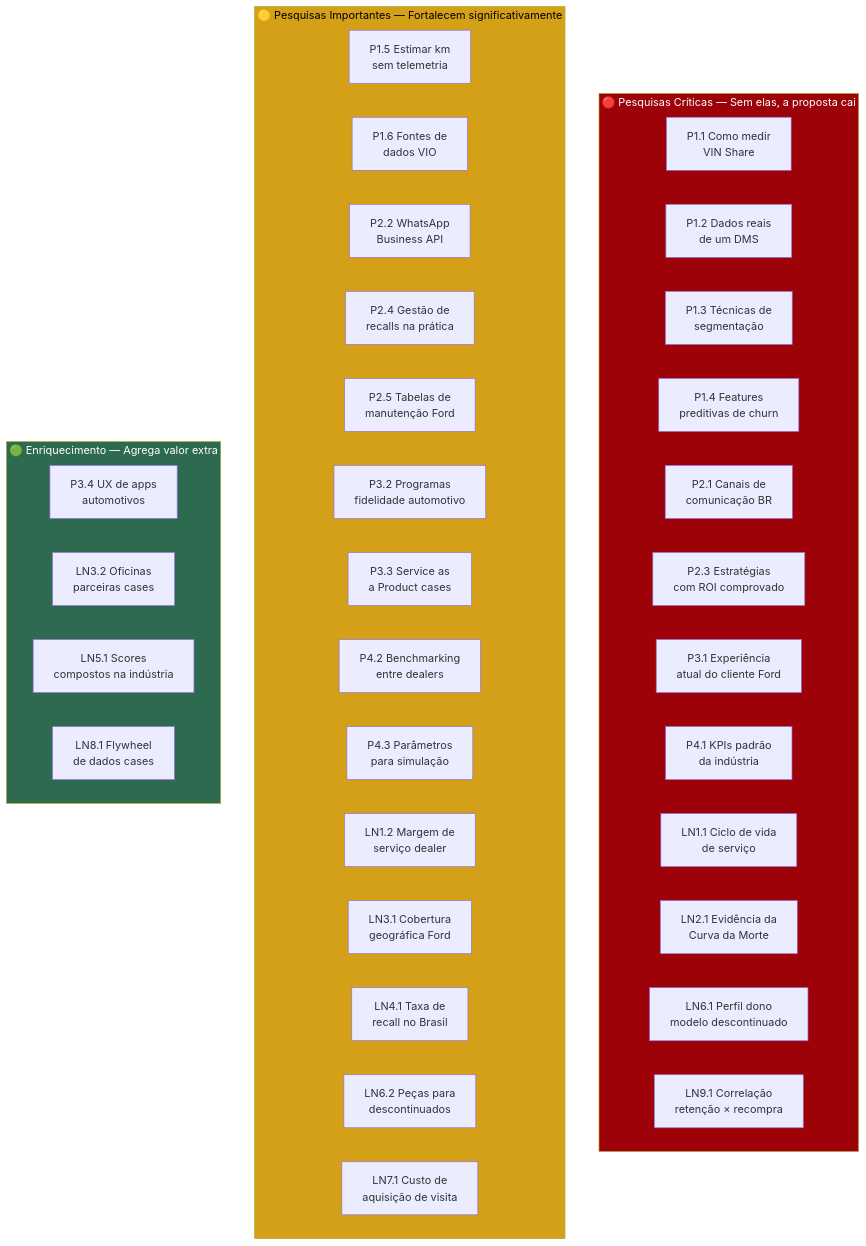
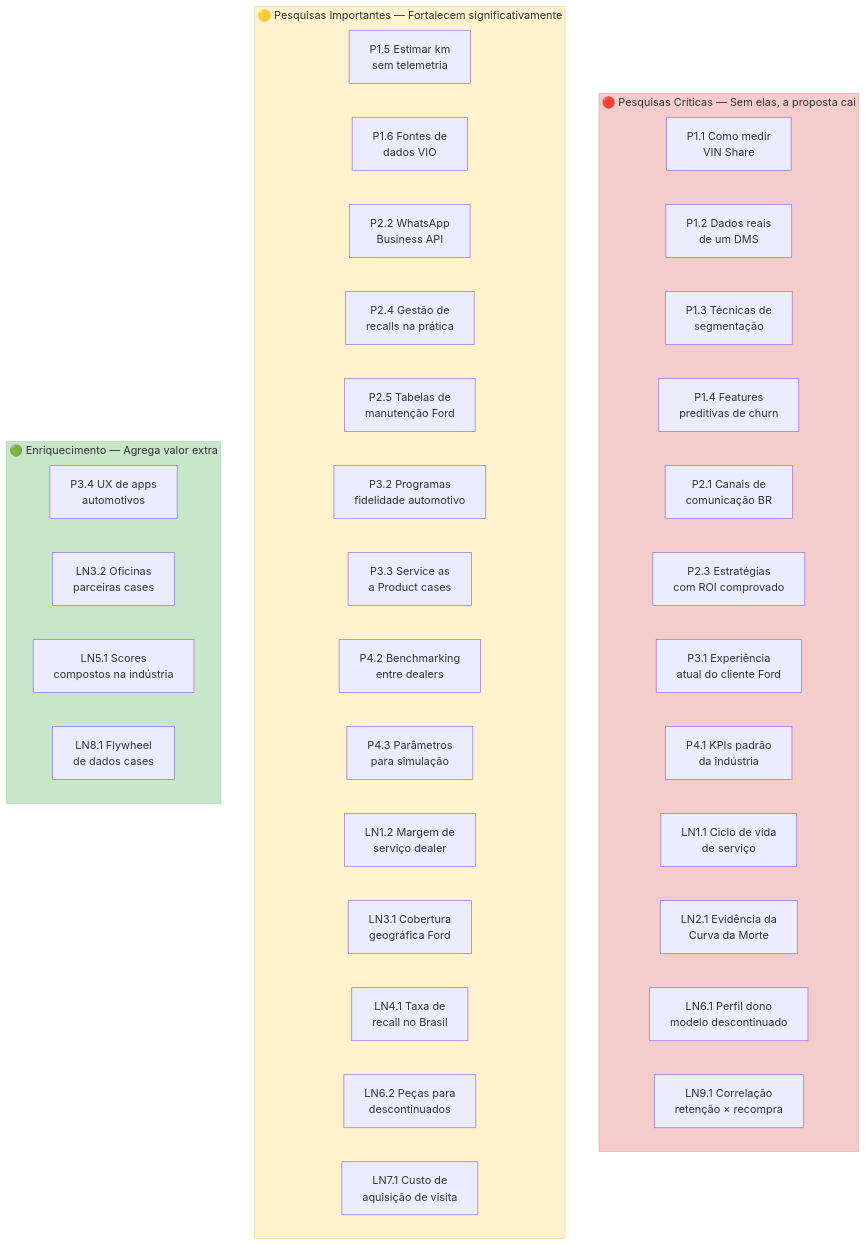
Before and after one commit to fwd-ford/forward-docs: the third of 3 diagrams in project/01_MAPA_DE_PESQUISA.md, drawn with Mermaid. The commit also changed other lines of this file and 1 other file, not shown here.

Commit message:
style: softer pastel colors on pie chart (DOC 00) and flowcharts (DOC 01)

````diff
--- a/project/01_MAPA_DE_PESQUISA.md
+++ b/project/01_MAPA_DE_PESQUISA.md
@@ -536,45 +536,45 @@
 ```mermaid
 flowchart TB
     subgraph CRITICAS["🔴 Pesquisas Críticas — Sem elas, a proposta cai"]
         P11["P1.1 Como medir<br>VIN Share"]
         P12["P1.2 Dados reais<br>de um DMS"]
         P13["P1.3 Técnicas de<br>segmentação"]
         P14["P1.4 Features<br>preditivas de churn"]
         P21["P2.1 Canais de<br>comunicação BR"]
         P23["P2.3 Estratégias<br>com ROI comprovado"]
         P31["P3.1 Experiência<br>atual do cliente Ford"]
         P41["P4.1 KPIs padrão<br>da indústria"]
         LN11["LN1.1 Ciclo de vida<br>de serviço"]
         LN21["LN2.1 Evidência da<br>Curva da Morte"]
         LN61["LN6.1 Perfil dono<br>modelo descontinuado"]
         LN91["LN9.1 Correlação<br>retenção × recompra"]
     end
 
     subgraph IMPORTANTES["🟡 Pesquisas Importantes — Fortalecem significativamente"]
         P15["P1.5 Estimar km<br>sem telemetria"]
         P16["P1.6 Fontes de<br>dados VIO"]
         P22["P2.2 WhatsApp<br>Business API"]
         P24["P2.4 Gestão de<br>recalls na prática"]
         P25["P2.5 Tabelas de<br>manutenção Ford"]
         P32["P3.2 Programas<br>fidelidade automotivo"]
         P33["P3.3 Service as<br>a Product cases"]
         P42["P4.2 Benchmarking<br>entre dealers"]
         P43["P4.3 Parâmetros<br>para simulação"]
         LN12["LN1.2 Margem de<br>serviço dealer"]
         LN31["LN3.1 Cobertura<br>geográfica Ford"]
         LN41["LN4.1 Taxa de<br>recall no Brasil"]
         LN62["LN6.2 Peças para<br>descontinuados"]
         LN71["LN7.1 Custo de<br>aquisição de visita"]
     end
 
     subgraph ENRIQUECIMENTO["🟢 Enriquecimento — Agrega valor extra"]
         P34["P3.4 UX de apps<br>automotivos"]
         LN32["LN3.2 Oficinas<br>parceiras cases"]
         LN51["LN5.1 Scores<br>compostos na indústria"]
         LN81["LN8.1 Flywheel<br>de dados cases"]
     end
 
-    style CRITICAS fill:#9d0208,color:#fff
-    style IMPORTANTES fill:#d4a017,color:#000
-    style ENRIQUECIMENTO fill:#2d6a4f,color:#fff
+    style CRITICAS fill:#f4cccc,color:#333,stroke:#e6a8a8
+    style IMPORTANTES fill:#fff2cc,color:#333,stroke:#e6d9a0
+    style ENRIQUECIMENTO fill:#c8e6c9,color:#333,stroke:#a5d6a7
 ```
````
